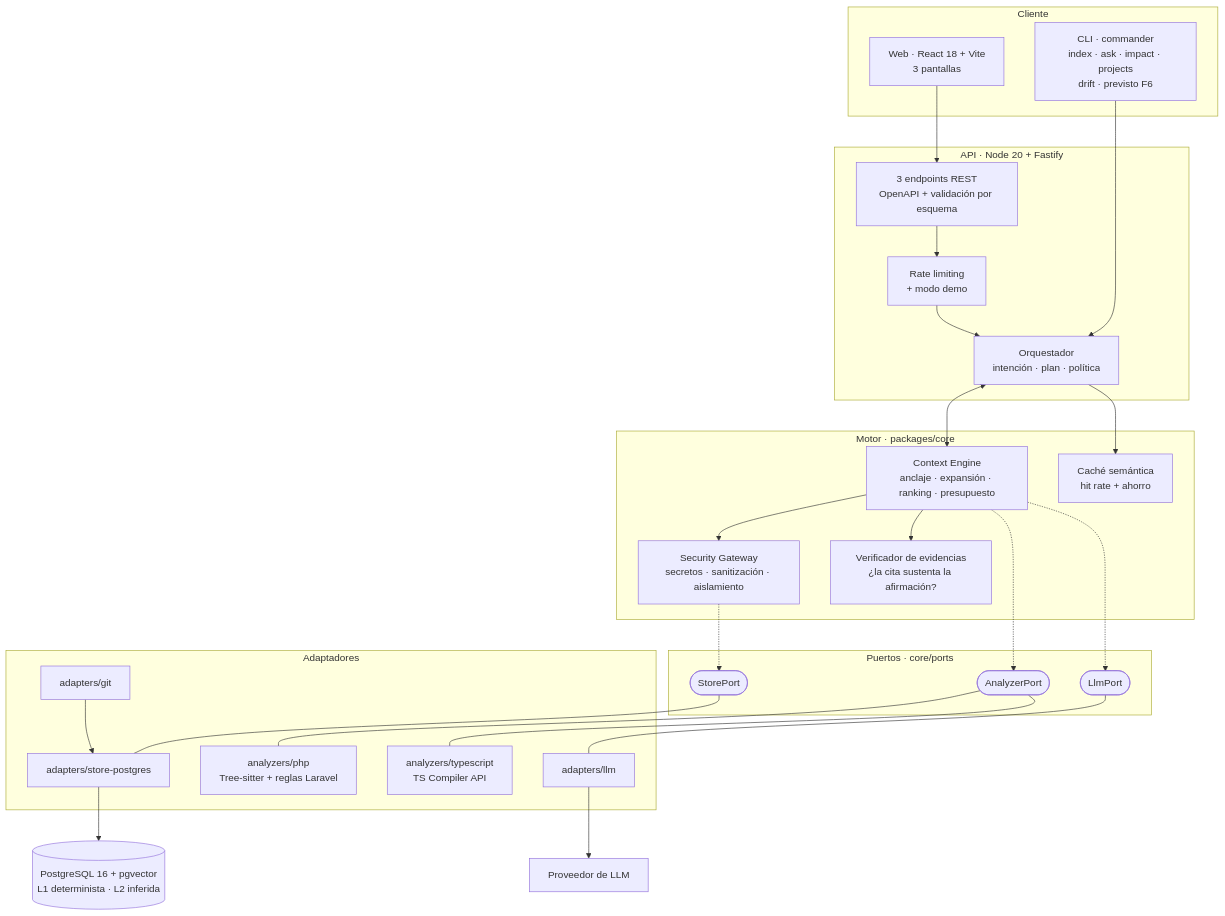
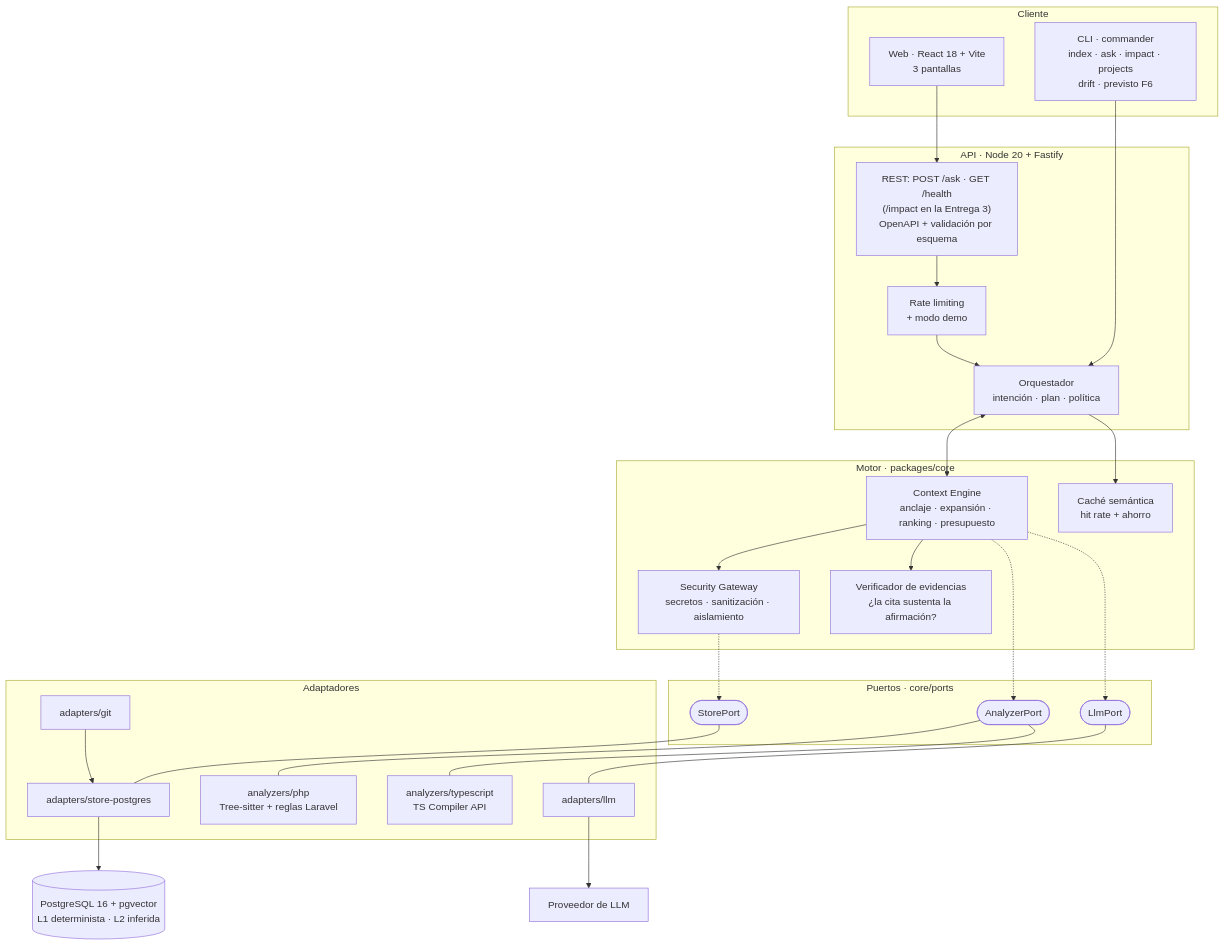
One commit to DisTinta/AI4Devs-finalproject changed the first of 3 diagrams in readme.md. Above: the diagram before and after it, drawn with Mermaid. The commit also changed other lines of this file, not shown here.

First line of the commit message:
docs(DIS-101): bring the readme status, install, API and tests to Entrega 2

````diff
--- a/readme.md
+++ b/readme.md
@@ -392,53 +456,53 @@
 ```mermaid
 flowchart TB
     subgraph client["Cliente"]
         WEB["Web · React 18 + Vite<br/>3 pantallas"]
         CLI["CLI · commander<br/>index · ask · impact · projects<br/>drift · previsto F6"]
     end
 
     subgraph api["API · Node 20 + Fastify"]
-        REST["3 endpoints REST<br/>OpenAPI + validación por esquema"]
+        REST["REST: POST /ask · GET /health<br/>(/impact en la Entrega 3)<br/>OpenAPI + validación por esquema"]
         RATE["Rate limiting<br/>+ modo demo"]
         ORCH["Orquestador<br/>intención · plan · política"]
     end
 
     subgraph engine["Motor · packages/core"]
         CTX["Context Engine<br/>anclaje · expansión · ranking · presupuesto"]
         SEC["Security Gateway<br/>secretos · sanitización · aislamiento"]
         VER["Verificador de evidencias<br/>¿la cita sustenta la afirmación?"]
         CACHE["Caché semántica<br/>hit rate + ahorro"]
     end
 
     subgraph ports["Puertos · core/ports"]
         AP(["AnalyzerPort"])
         LP(["LlmPort"])
         SP(["StorePort"])
     end
 
     subgraph adapters["Adaptadores"]
         PHP["analyzers/php<br/>Tree-sitter + reglas Laravel"]
         TSA["analyzers/typescript<br/>TS Compiler API"]
         GIT["adapters/git"]
         LLMA["adapters/llm"]
         PGA["adapters/store-postgres"]
     end
 
     PG[("PostgreSQL 16 + pgvector<br/>L1 determinista · L2 inferida")]
     LLM["Proveedor de LLM"]
 
     WEB --> REST
     CLI --> ORCH
     REST --> RATE --> ORCH
     ORCH <--> CTX
     ORCH --> CACHE
     CTX --> SEC
     CTX --> VER
     CTX -.-> AP
     CTX -.-> LP
     SEC -.-> SP
     AP --- PHP
     AP --- TSA
     LP --- LLMA --> LLM
     SP --- PGA --> PG
     GIT --> PGA
 ```
````
